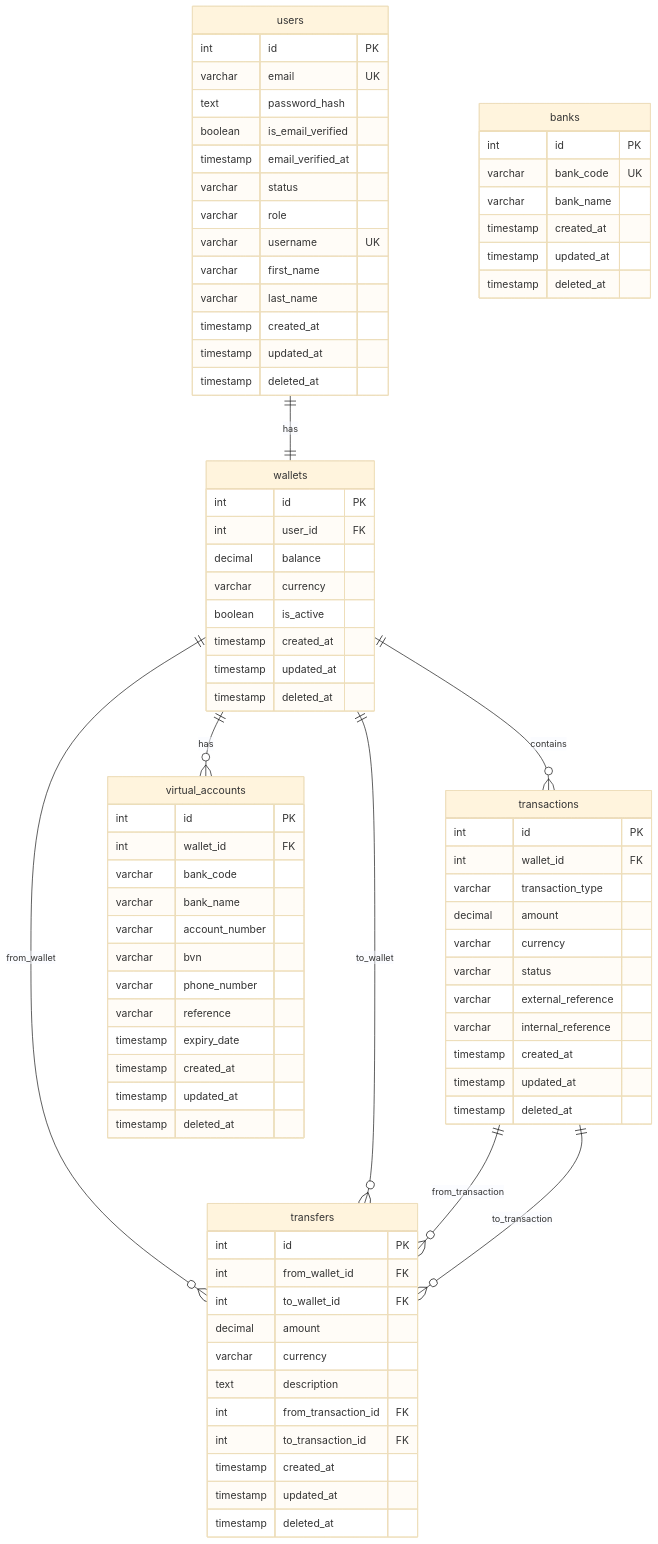
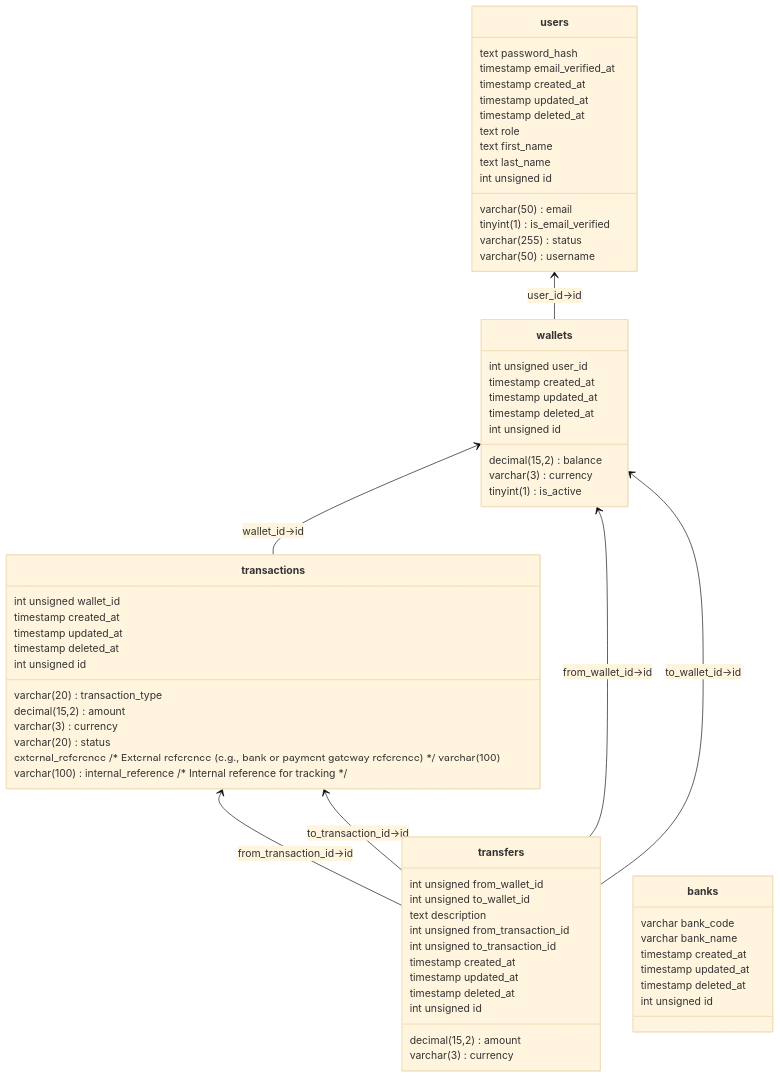
Before and after one commit to owolagbadavid/wendian: the diagram in README.md, drawn with Mermaid (base theme). The commit also changed other lines of this file, not shown here.

````diff
--- a/README.md
+++ b/README.md
@@ -32,89 +32,80 @@
 ```mermaid
-erDiagram
-    users {
-        int id PK
-        varchar email UK
-        text password_hash
-        boolean is_email_verified
-        timestamp email_verified_at
-        varchar status
-        varchar role
-        varchar username UK
-        varchar first_name
-        varchar last_name
-        timestamp created_at
-        timestamp updated_at
-        timestamp deleted_at
-    }
+classDiagram
+direction BT
+class transactions {
+   int unsigned wallet_id
+   varchar(20) transaction_type
+   decimal(15,2) amount
+   varchar(3) currency
+   varchar(20) status
+   external_reference  /* External reference (e.g., bank or payment gateway reference) */ varchar(100)
+   varchar(100) internal_reference  /* Internal reference for tracking */
+   timestamp created_at
+   timestamp updated_at
+   timestamp deleted_at
+   int unsigned id
+}
 
-    wallets {
-        int id PK
-        int user_id FK
-        decimal balance
-        varchar currency
-        boolean is_active
-        timestamp created_at
-        timestamp updated_at
-        timestamp deleted_at
-    }
+class transfers {
+   int unsigned from_wallet_id
+   int unsigned to_wallet_id
+   decimal(15,2) amount
+   varchar(3) currency
+   text description
+   int unsigned from_transaction_id
+   int unsigned to_transaction_id
+   timestamp created_at
+   timestamp updated_at
+   timestamp deleted_at
+   int unsigned id
+}
 
-    transactions {
-        int id PK
-        int wallet_id FK
-        varchar transaction_type
-        decimal amount
-        varchar currency
-        varchar status
-        varchar external_reference
-        varchar internal_reference
-        timestamp created_at
-        timestamp updated_at
-        timestamp deleted_at
-    }
+class users {
+   varchar(50) email
+   text password_hash
+   tinyint(1) is_email_verified
+   timestamp email_verified_at
+   varchar(255) status
+   timestamp created_at
+   timestamp updated_at
+   timestamp deleted_at
+   text role
+   varchar(50) username
+   text first_name
+   text last_name
+   int unsigned id
+}
 
-    transfers {
-        int id PK
-        int from_wallet_id FK
-        int to_wallet_id FK
-        decimal amount
-        varchar currency
-        text description
-        int from_transaction_id FK
-        int to_transaction_id FK
-        timestamp created_at
-        timestamp updated_at
-        timestamp deleted_at
-    }
+class wallets {
+   int unsigned user_id
+   decimal(15,2) balance
+   varchar(3) currency
+   tinyint(1) is_active
+   timestamp created_at
+   timestamp updated_at
+   timestamp deleted_at
+   int unsigned id
+}
 
-    virtual_accounts {
-        int id PK
-        int wallet_id FK
+ class banks {
         varchar bank_code
-        varchar bank_name
-        varchar account_number
-        varchar bvn
-        varchar phone_number
-        varchar reference
-        timestamp expiry_date
-        timestamp created_at
-        timestamp updated_at
-        timestamp deleted_at
-    }
-
-    banks {
-        int id PK
-        varchar bank_code UK
         varchar bank_name
         timestamp created_at
         timestamp updated_at
         timestamp deleted_at
+        int unsigned id
     }
 
-    users ||--|| wallets : has
-    wallets ||--o{ transactions : contains
-    wallets ||--o{ transfers : from_wallet
-    wallets ||--o{ transfers : to_wallet
-    transactions ||--o{ transfers : from_transaction
-    transactions ||--o{ transfers : to_transaction
-    wallets ||--o{ virtual_accounts : has
+transactions  -->  wallets : wallet_id->id
+
+transfers  -->  transactions : from_transaction_id->id
+
+transfers  -->  transactions : to_transaction_id->id
+
+transfers  -->  wallets : from_wallet_id->id
+
+transfers  -->  wallets : to_wallet_id->id
+
+wallets  -->  users : user_id->id
+
 ```
````
